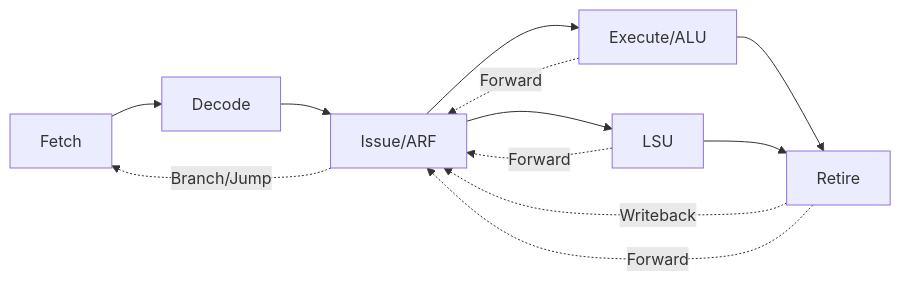
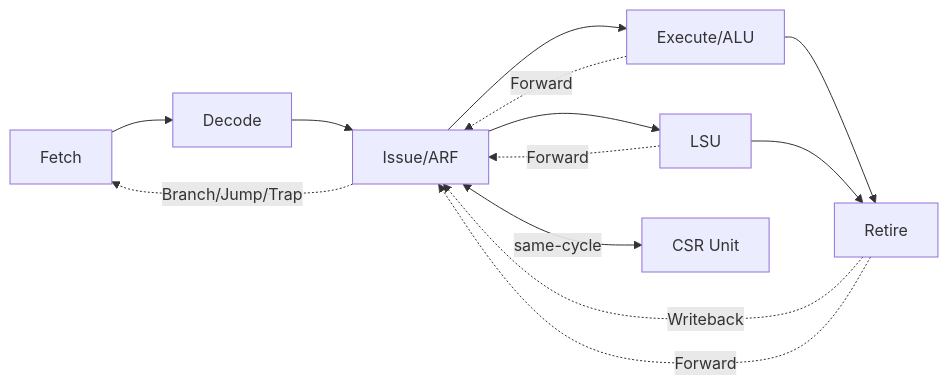
Before and after one commit to SudeepJoshi22/DHRUT-V: the diagram in README.md, drawn with Mermaid. The commit also changed other lines of this file, not shown here.

Commit message:
README: add CSR Unit to the micro-architecture diagram
The mermaid diagram didn't show the CSR unit at all. Added it as a
same-cycle sibling of Issue (bidirectional, labeled "same-cycle" to
distinguish it from ALU/LSU's pipelined dispatch), and relabeled the
existing Issue->Fetch redirect edge "Branch/Jump/Trap" since it now also
carries CSR-triggered trap/mret redirects. Also aligned the pipeline
breakdown's CSR bullet to name it "CSR Unit" (rtl/pipeline/csr_unit.sv),
matching the diagram and the actual module name.

Claude-Session: https://claude.ai/code/session_013TT9LfNpNbgpsU1Ze1F4HP

````diff
--- a/README.md
+++ b/README.md
@@ -20,14 +20,15 @@
 ```mermaid
 graph LR
     IF[Fetch] --> ID[Decode]
     ID --> IS[Issue/ARF]
     IS --> EX[Execute/ALU]
     IS --> LSU[LSU]
+    IS <-->|same-cycle| CSR[CSR Unit]
     EX --> RE[Retire]
     LSU --> RE
     RE -.->|Writeback| IS
     RE -.->|Forward| IS
     EX -.->|Forward| IS
     LSU -.->|Forward| IS
-    IS -.->|Branch/Jump| IF
+    IS -.->|Branch/Jump/Trap| IF
 ```
````
